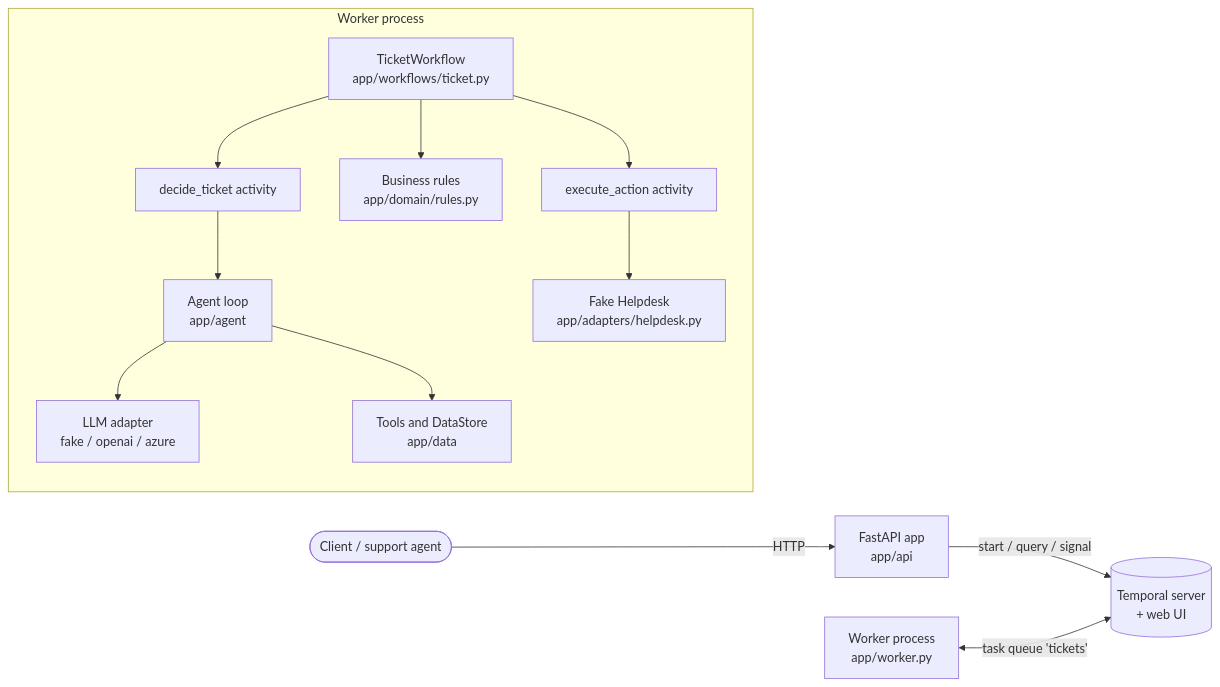
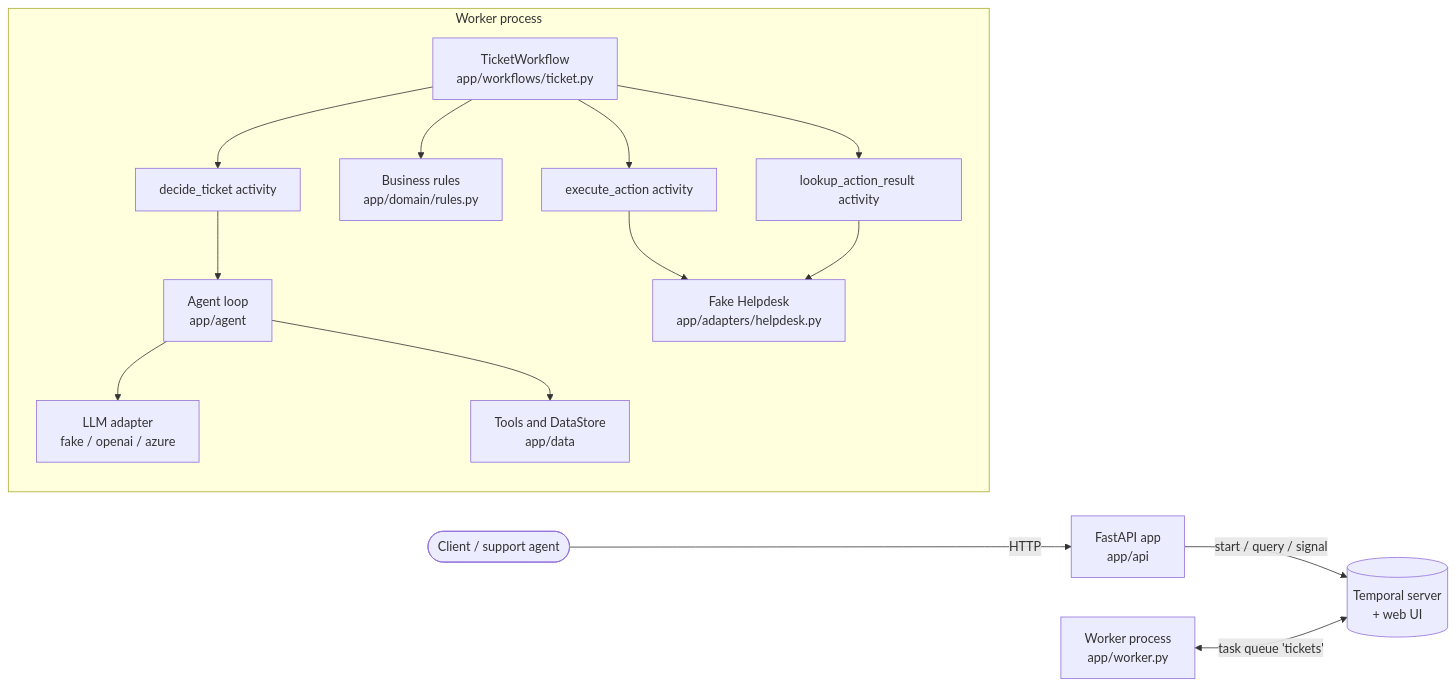
One commit to carinaesoft/agentic-ticket-workflow changed the diagram in README.md. Above: the diagram before and after it, drawn with Mermaid. The commit also changed other lines of this file, not shown here.

Commit message:
docs(readme): state what the rules check, add lookup_action_result, note the approval race

````diff
--- a/README.md
+++ b/README.md
@@ -208,14 +208,16 @@
 ```mermaid
 flowchart LR
     client([Client / support agent]) -->|HTTP| api[FastAPI app<br/>app/api]
     api -->|start / query / signal| temporal[(Temporal server<br/>+ web UI)]
     worker[Worker process<br/>app/worker.py] <-->|task queue 'tickets'| temporal
     subgraph worker_box [Worker process]
         wf[TicketWorkflow<br/>app/workflows/ticket.py] --> a1[decide_ticket activity]
         wf --> rules[Business rules<br/>app/domain/rules.py]
         wf --> a2[execute_action activity]
+        wf --> a3[lookup_action_result activity]
         a1 --> agent[Agent loop<br/>app/agent] --> llm[LLM adapter<br/>fake / openai / azure]
         agent --> tools[Tools and DataStore<br/>app/data]
         a2 --> helpdesk[Fake Helpdesk<br/>app/adapters/helpdesk.py]
+        a3 --> helpdesk
     end
 ```
````
